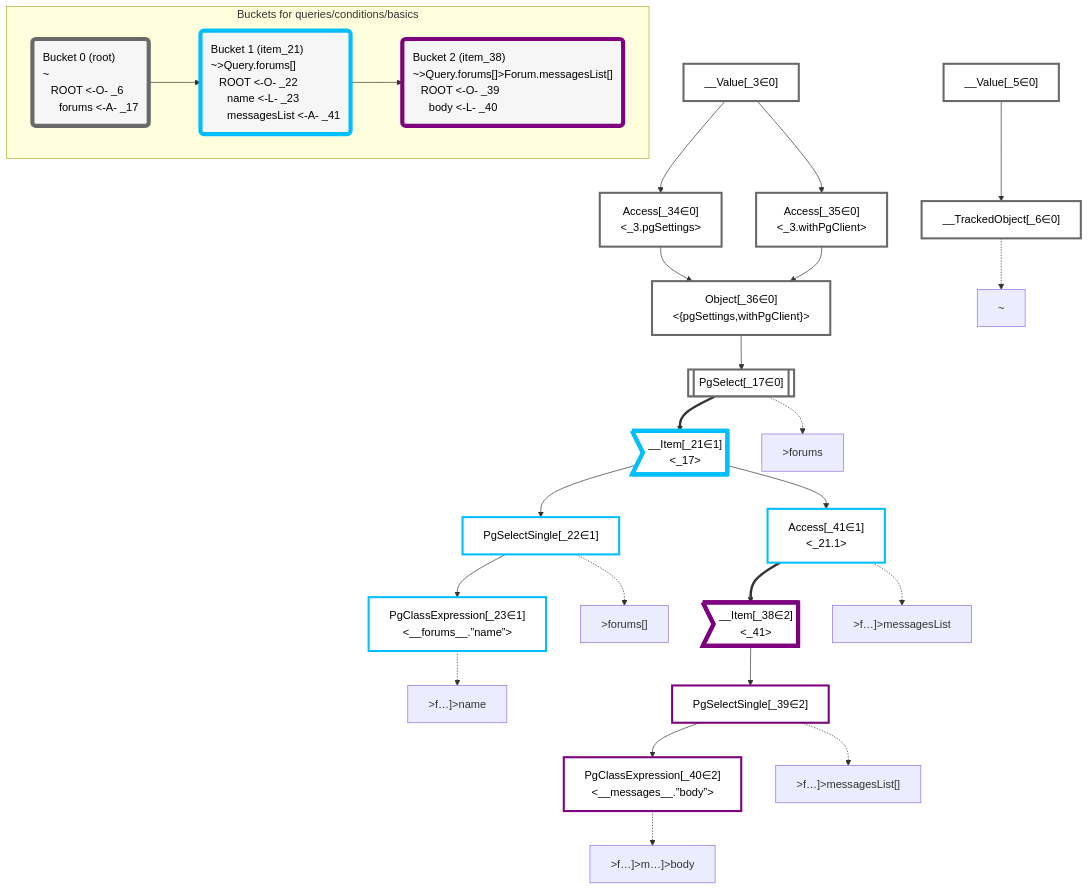
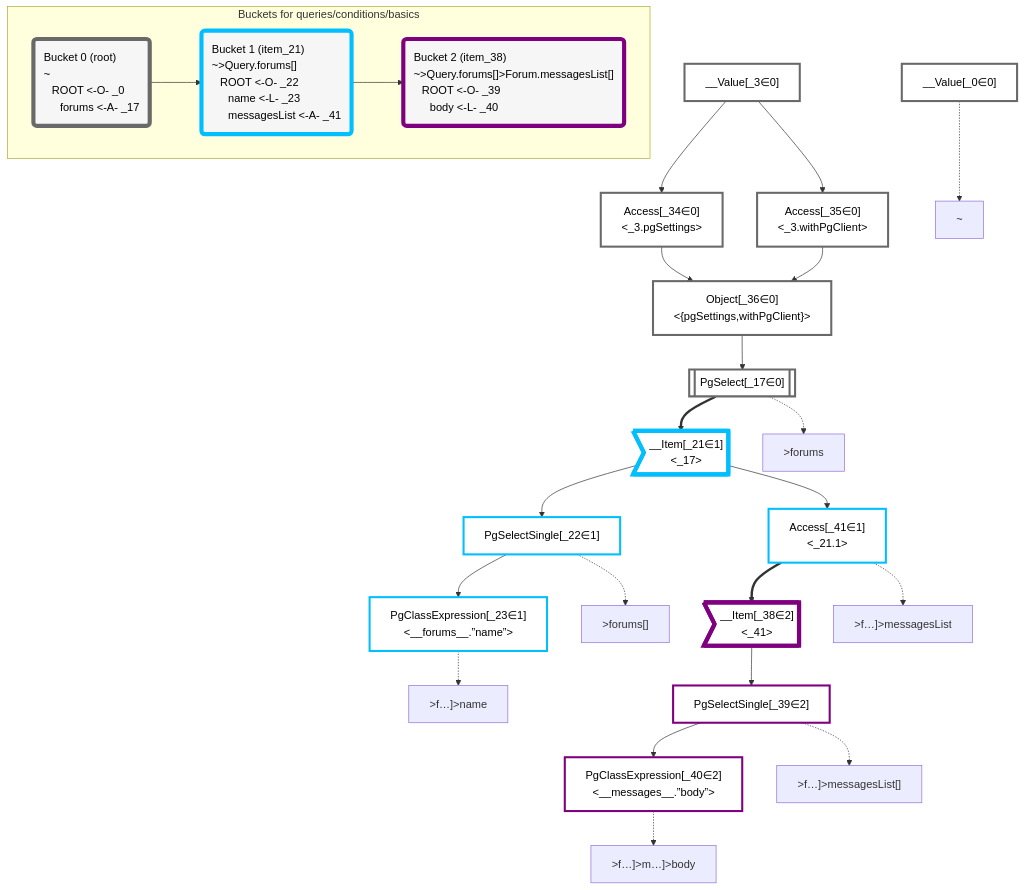
The diagram in packages/dataplan-pg/__tests__/queries/conditions/basics.mermaid.md (graphile/crystal), drawn with Mermaid before and after one commit. The commit also changed 193 other files, not shown here.

Commit message:
Update test plan snapshots with new root plan

````diff
--- a/packages/dataplan-pg/__tests__/queries/conditions/basics.mermaid.md
+++ b/packages/dataplan-pg/__tests__/queries/conditions/basics.mermaid.md
@@ -1,75 +1,73 @@
 ```mermaid
 graph TD
     classDef path fill:#eee,stroke:#000,color:#000
     classDef plan fill:#fff,stroke-width:3px,color:#000
     classDef itemplan fill:#fff,stroke-width:6px,color:#000
     classDef sideeffectplan fill:#f00,stroke-width:6px,color:#000
     classDef bucket fill:#f6f6f6,color:#000,stroke-width:6px,text-align:left
 
 
     %% define plans
+    __Value_0["__Value[_0∈0]"]:::plan
     __Value_3["__Value[_3∈0]<br /><context>"]:::plan
-    __Value_5["__Value[_5∈0]<br /><rootValue>"]:::plan
-    __TrackedObject_6["__TrackedObject[_6∈0]"]:::plan
     PgSelect_17[["PgSelect[_17∈0]<br /><forums>"]]:::plan
     __Item_21>"__Item[_21∈1]<br /><_17>"]:::itemplan
     PgSelectSingle_22["PgSelectSingle[_22∈1]<br /><forums>"]:::plan
     PgClassExpression_23["PgClassExpression[_23∈1]<br /><__forums__.”name”>"]:::plan
     Access_34["Access[_34∈0]<br /><_3.pgSettings>"]:::plan
     Access_35["Access[_35∈0]<br /><_3.withPgClient>"]:::plan
     Object_36["Object[_36∈0]<br /><{pgSettings,withPgClient}>"]:::plan
     __Item_38>"__Item[_38∈2]<br /><_41>"]:::itemplan
     PgSelectSingle_39["PgSelectSingle[_39∈2]<br /><messages>"]:::plan
     PgClassExpression_40["PgClassExpression[_40∈2]<br /><__messages__.”body”>"]:::plan
     Access_41["Access[_41∈1]<br /><_21.1>"]:::plan
 
     %% plan dependencies
-    __Value_5 --> __TrackedObject_6
     Object_36 --> PgSelect_17
     PgSelect_17 ==> __Item_21
     __Item_21 --> PgSelectSingle_22
     PgSelectSingle_22 --> PgClassExpression_23
     __Value_3 --> Access_34
     __Value_3 --> Access_35
     Access_34 --> Object_36
     Access_35 --> Object_36
     Access_41 ==> __Item_38
     __Item_38 --> PgSelectSingle_39
     PgSelectSingle_39 --> PgClassExpression_40
     __Item_21 --> Access_41
 
     %% plan-to-path relationships
-    P_6["~"]
-    __TrackedObject_6 -.-> P_6
+    P_0["~"]
+    __Value_0 -.-> P_0
     P_17[">forums"]
     PgSelect_17 -.-> P_17
     P_22[">forums[]"]
     PgSelectSingle_22 -.-> P_22
     P_23[">f…]>name"]
     PgClassExpression_23 -.-> P_23
     P_39[">f…]>messagesList[]"]
     PgSelectSingle_39 -.-> P_39
     P_40[">f…]>m…]>body"]
     PgClassExpression_40 -.-> P_40
     P_41[">f…]>messagesList"]
     Access_41 -.-> P_41
 
     %% allocate buckets
     classDef bucket0 stroke:#696969
-    class __Value_3,__Value_5,__TrackedObject_6,PgSelect_17,Access_34,Access_35,Object_36 bucket0
+    class __Value_0,__Value_3,PgSelect_17,Access_34,Access_35,Object_36 bucket0
     classDef bucket1 stroke:#00bfff
     class __Item_21,PgSelectSingle_22,PgClassExpression_23,Access_41 bucket1
     classDef bucket2 stroke:#7f007f
     class __Item_38,PgSelectSingle_39,PgClassExpression_40 bucket2
 
     subgraph "Buckets for queries/conditions/basics"
-    Bucket0("Bucket 0 (root)<br />~<br />⠀ROOT <-O- _6<br />⠀⠀forums <-A- _17"):::bucket
+    Bucket0("Bucket 0 (root)<br />~<br />⠀ROOT <-O- _0<br />⠀⠀forums <-A- _17"):::bucket
     style Bucket0 stroke:#696969
     Bucket1("Bucket 1 (item_21)<br />~>Query.forums[]<br />⠀ROOT <-O- _22<br />⠀⠀name <-L- _23<br />⠀⠀messagesList <-A- _41"):::bucket
     style Bucket1 stroke:#00bfff
     Bucket0 --> Bucket1
     Bucket2("Bucket 2 (item_38)<br />~>Query.forums[]>Forum.messagesList[]<br />⠀ROOT <-O- _39<br />⠀⠀body <-L- _40"):::bucket
     style Bucket2 stroke:#7f007f
     Bucket1 --> Bucket2
     end
 ```
````
